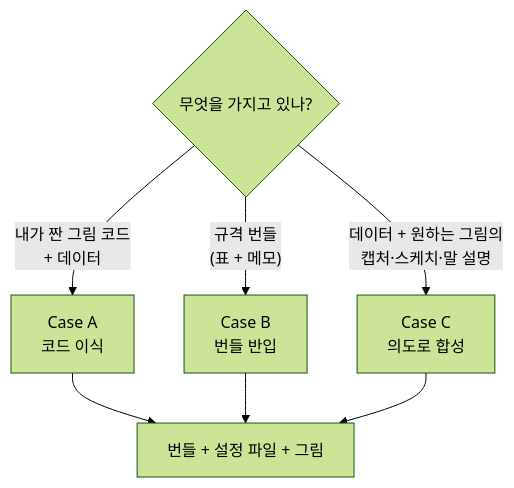
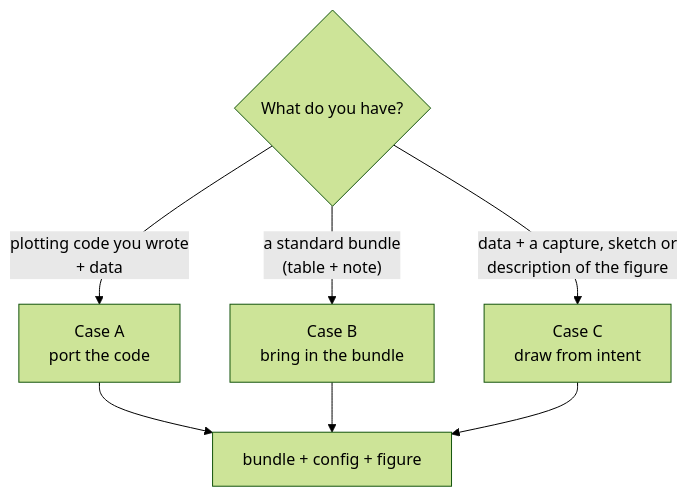
Before and after one commit to ibs-CMG-NGS/fig-atlas: the diagram in docs/guide/05-entry-paths.md, drawn with Mermaid (forest theme). The commit also changed other lines of this file and 35 other files, not shown here.

````diff
--- a/docs/guide/05-entry-paths.md
+++ b/docs/guide/05-entry-paths.md
@@ -15,10 +15,10 @@
 ```mermaid
 flowchart TD
-    Q{"무엇을 가지고 있나?"}
-    Q -->|"규격 번들<br/>(표 + 메모)"| B["Case B<br/>번들 반입"]
-    Q -->|"내가 짠 그림 코드<br/>+ 데이터"| A["Case A<br/>코드 이식"]
-    Q -->|"데이터 + 원하는 그림의<br/>캡처·스케치·말 설명"| C["Case C<br/>의도로 합성"]
-    A --> R["번들 + 설정 파일 + 그림"]
+    Q{"What do you have?"}
+    Q -->|"a standard bundle<br/>(table + note)"| B["Case B<br/>bring in the bundle"]
+    Q -->|"plotting code you wrote<br/>+ data"| A["Case A<br/>port the code"]
+    Q -->|"data + a capture, sketch or<br/>description of the figure"| C["Case C<br/>draw from intent"]
+    A --> R["bundle + config + figure"]
     B --> R
     C --> R
 ```
````
